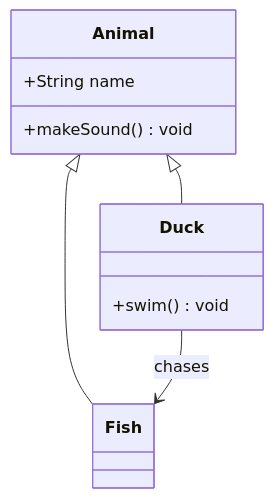
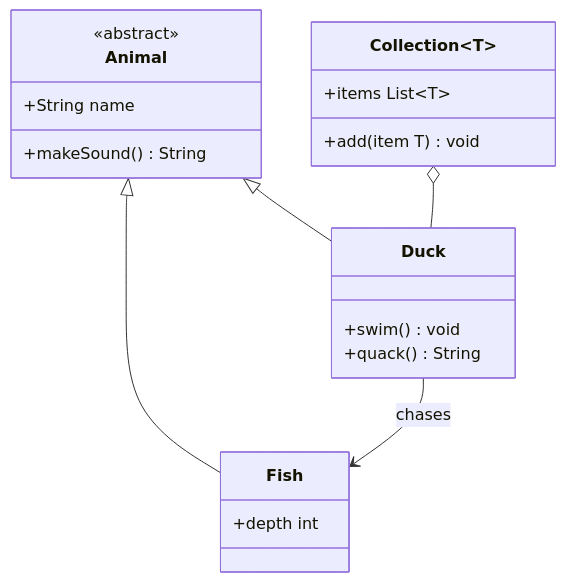
Before and after one commit to sc2in/pozeiden: the diagram in examples/class.mmd, drawn with Mermaid. The commit also changed 20 other files, not shown here.

```diff
--- a/examples/class.mmd
+++ b/examples/class.mmd
@@ -1,12 +1,20 @@
 classDiagram
-    class Animal {
+    class Animal <<abstract>> {
         +String name
-        +makeSound() void
+        +makeSound() String
     }
     class Duck {
         +swim() void
+        +quack() String
     }
-    class Fish
+    class Fish {
+        +depth int
+    }
+    class Collection~T~ {
+        +items List~T~
+        +add(item T) void
+    }
     Animal <|-- Duck
     Animal <|-- Fish
     Duck --> Fish : chases
+    Collection~Duck~ o-- Duck
```
